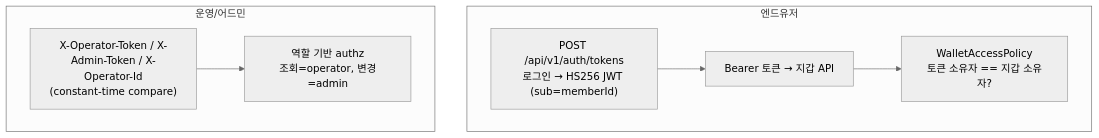
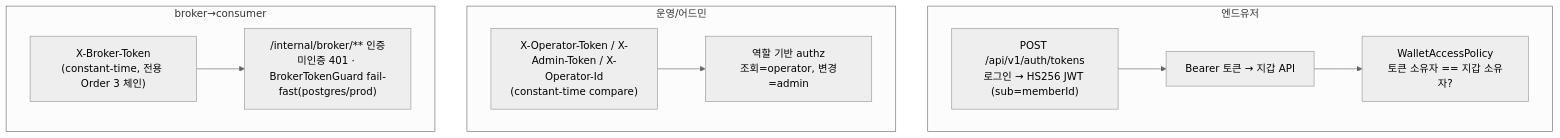
Before and after one commit to IMWoo94/ai-repo: the fourth of 4 diagrams in docs/ARCHITECTURE.md, drawn with Mermaid (neutral theme). The commit also changed other lines of this file and 6 other files, not shown here.

````diff
--- a/docs/ARCHITECTURE.md
+++ b/docs/ARCHITECTURE.md
@@ -88,10 +88,13 @@
 ```mermaid
 flowchart TD
     subgraph EU["엔드유저"]
       L["POST /api/v1/auth/tokens<br/>로그인 → HS256 JWT (sub=memberId)"] --> B["Bearer 토큰 → 지갑 API"]
       B --> OWN["WalletAccessPolicy<br/>토큰 소유자 == 지갑 소유자?"]
     end
     subgraph OP["운영/어드민"]
       H["X-Operator-Token / X-Admin-Token / X-Operator-Id<br/>(constant-time compare)"] --> RB["역할 기반 authz<br/>조회=operator, 변경=admin"]
     end
+    subgraph BRK["broker→consumer"]
+      BT["X-Broker-Token<br/>(constant-time, 전용 Order 3 체인)"] --> BC["/internal/broker/** 인증<br/>미인증 401 · BrokerTokenGuard fail-fast(postgres/prod)"]
+    end
 ```
````
